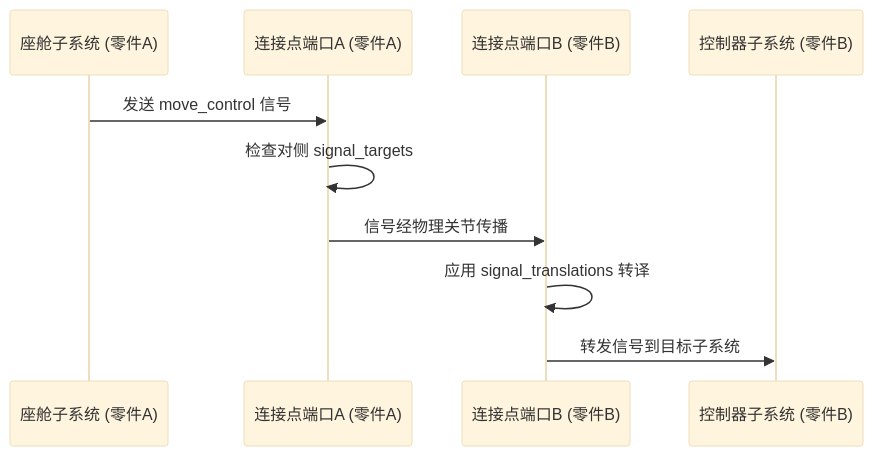
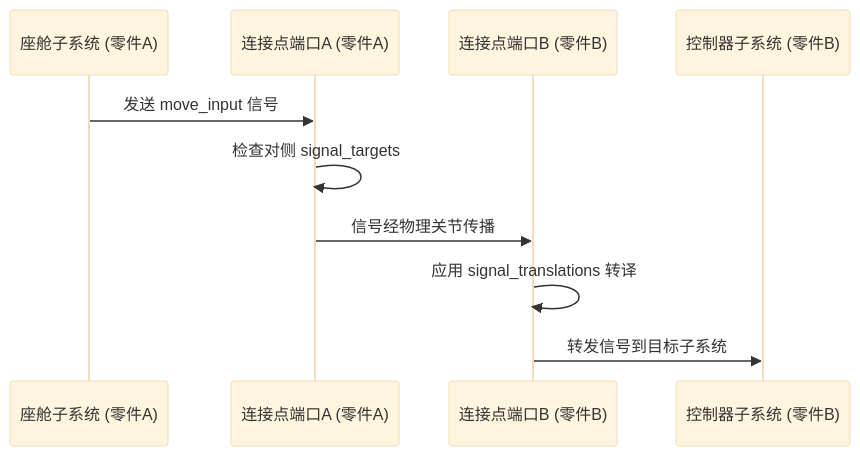
Before and after one commit to Sweetzonzi/Machine-Max: the second of 3 diagrams in docs/wiki/3-子系统详解/3.6-信号系统.md, drawn with Mermaid (base theme). The commit also changed other lines of this file and 155 other files, not shown here.

````diff
--- a/docs/wiki/3-子系统详解/3.6-信号系统.md
+++ b/docs/wiki/3-子系统详解/3.6-信号系统.md
@@ -127,13 +127,13 @@
 ```mermaid
 sequenceDiagram
     participant 座舱 as 座舱子系统 (零件A)
     participant 端口A as 连接点端口A (零件A)
     participant 端口B as 连接点端口B (零件B)
     participant 控制器 as 控制器子系统 (零件B)
 
-    座舱->>端口A: 发送 move_control 信号
+    座舱->>端口A: 发送 move_input 信号
     端口A->>端口A: 检查对侧 signal_targets
     端口A->>端口B: 信号经物理关节传播
     端口B->>端口B: 应用 signal_translations 转译
     端口B->>控制器: 转发信号到目标子系统
 ```
````
